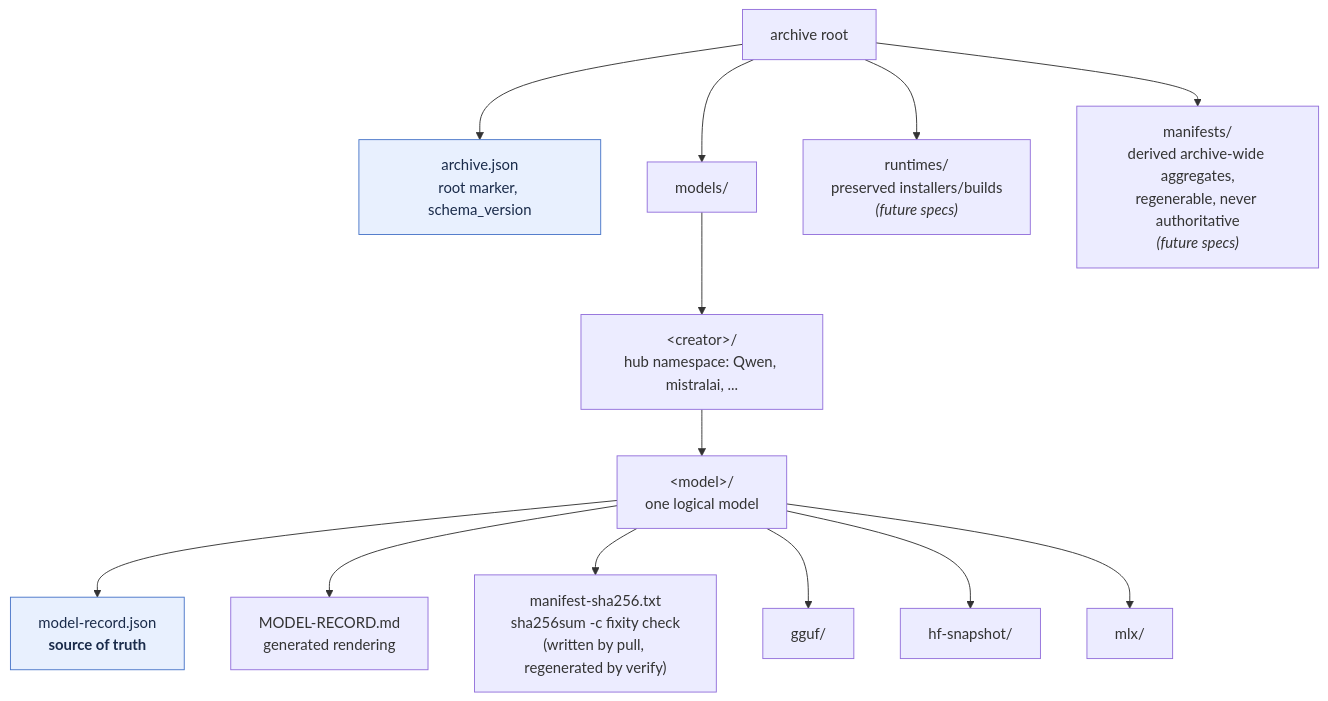
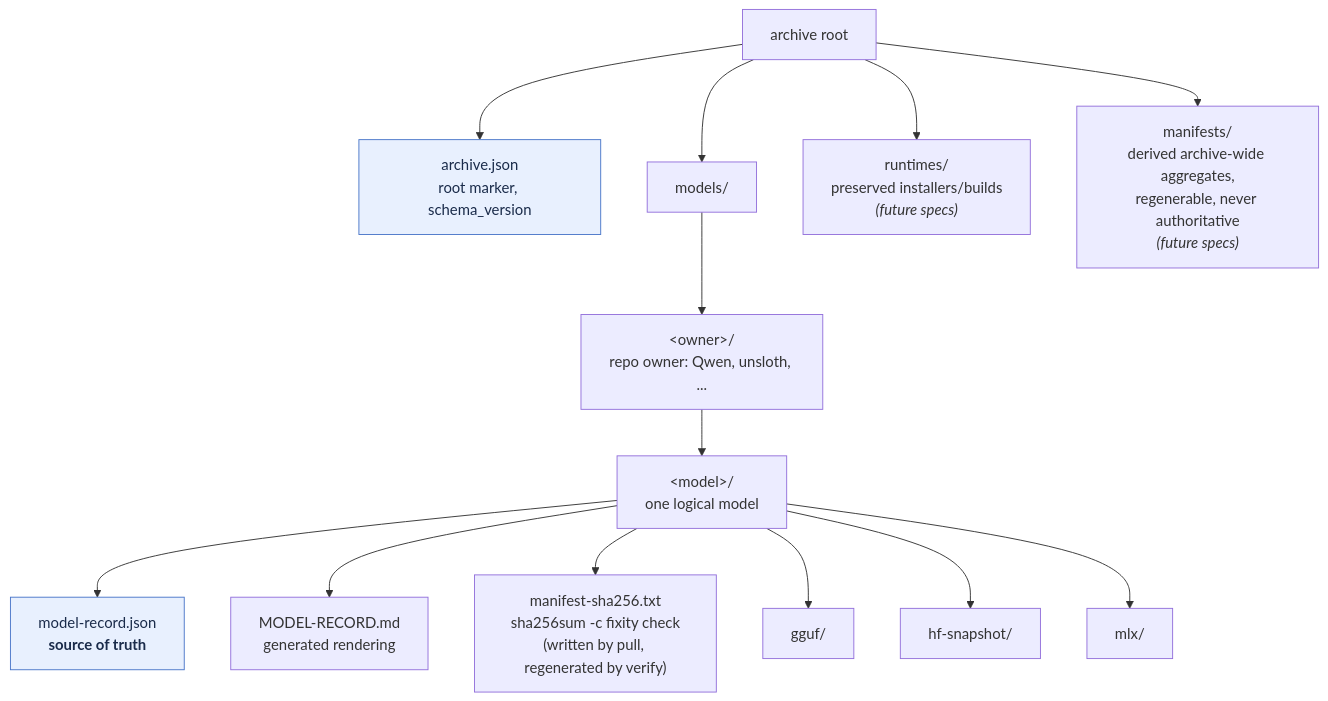
One commit to bbirkinbine/llm-preserver changed the first of 5 diagrams in docs/data-structures.md. Above: the diagram before and after it, drawn with Mermaid. The commit also changed other lines of this file and 121 other files, not shown here.

````diff
--- a/docs/data-structures.md
+++ b/docs/data-structures.md
@@ -25,20 +25,20 @@
 ```mermaid
 graph TD
     ROOT["archive root"] --> MARKER["archive.json<br/>root marker, schema_version"]
     ROOT --> MODELS["models/"]
     ROOT --> RUNTIMES["runtimes/<br/>preserved installers/builds<br/><i>(future specs)</i>"]
     ROOT --> MANIFESTS["manifests/<br/>derived archive-wide aggregates,<br/>regenerable, never authoritative<br/><i>(future specs)</i>"]
 
-    MODELS --> CREATOR["&lt;creator&gt;/<br/>hub namespace: Qwen, mistralai, ..."]
+    MODELS --> CREATOR["&lt;owner&gt;/<br/>repo owner: Qwen, unsloth, ..."]
     CREATOR --> MODEL["&lt;model&gt;/<br/>one logical model"]
 
     MODEL --> RECORD["model-record.json<br/><b>source of truth</b>"]
     MODEL --> RENDERED["MODEL-RECORD.md<br/>generated rendering"]
     MODEL --> SHA["manifest-sha256.txt<br/>sha256sum -c fixity check<br/>(written by pull, regenerated by verify)"]
     MODEL --> GGUF["gguf/"]
     MODEL --> HF["hf-snapshot/"]
     MODEL --> MLX["mlx/"]
 
     style RECORD fill:#e8f0fe,stroke:#4a76c9,color:#1a2b4a
     style MARKER fill:#e8f0fe,stroke:#4a76c9,color:#1a2b4a
 ```
````
